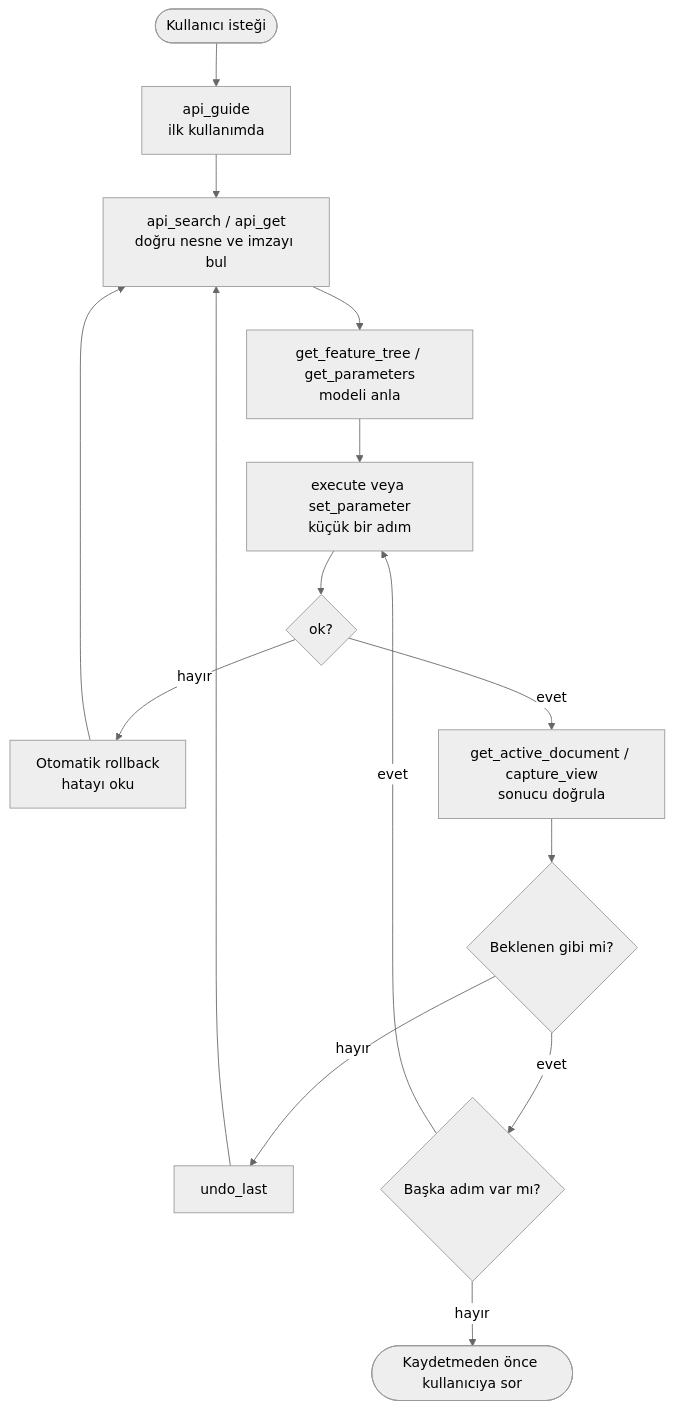
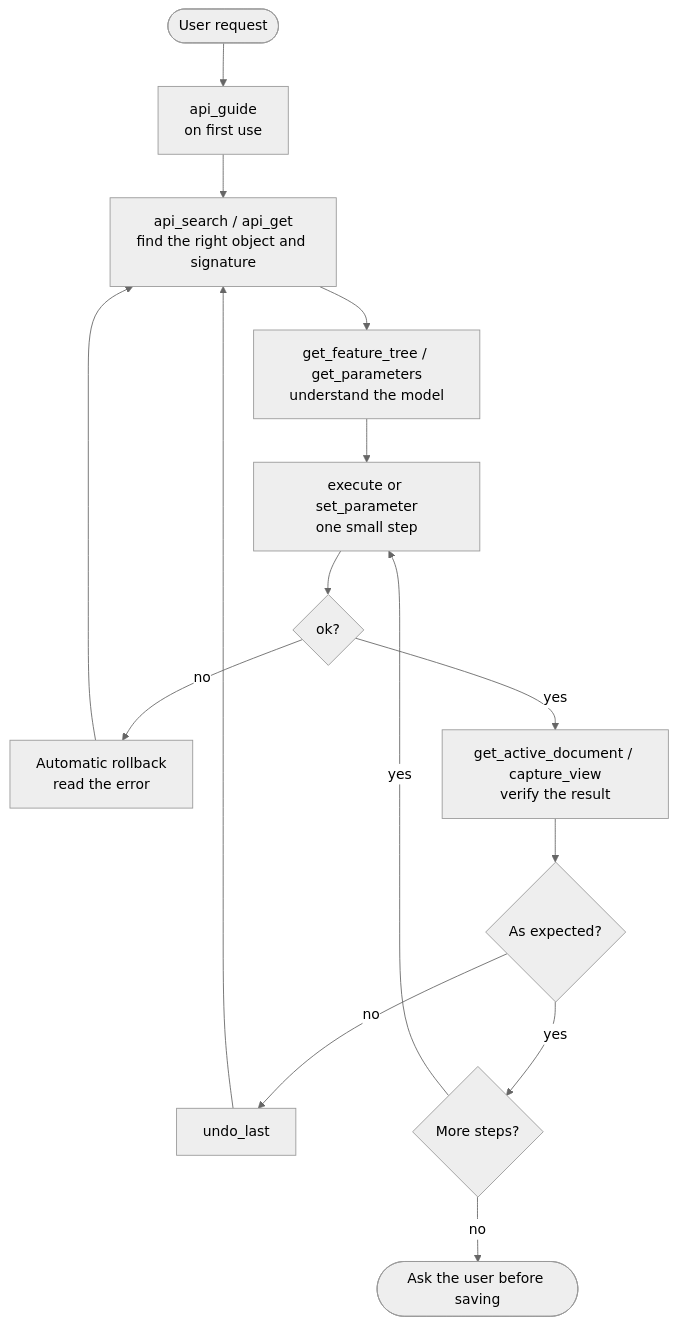
The fourth of 6 diagrams in README.md (ZBGoztas/InventorLLM), drawn with Mermaid (neutral theme) before and after one commit. The commit also changed other lines of this file, not shown here.

````diff
--- a/README.md
+++ b/README.md
@@ -203,15 +201,15 @@
 ```mermaid
 flowchart TD
-    A([Kullanıcı isteği]) --> B[api_guide<br/>ilk kullanımda]
-    B --> C[api_search / api_get<br/>doğru nesne ve imzayı bul]
-    C --> D[get_feature_tree / get_parameters<br/>modeli anla]
-    D --> E[execute veya set_parameter<br/>küçük bir adım]
+    A([User request]) --> B[api_guide<br/>on first use]
+    B --> C[api_search / api_get<br/>find the right object and signature]
+    C --> D[get_feature_tree / get_parameters<br/>understand the model]
+    D --> E[execute or set_parameter<br/>one small step]
     E --> F{ok?}
-    F -- hayır --> G[Otomatik rollback<br/>hatayı oku] --> C
-    F -- evet --> H[get_active_document / capture_view<br/>sonucu doğrula]
-    H --> I{Beklenen gibi mi?}
-    I -- hayır --> J[undo_last] --> C
-    I -- evet --> K{Başka adım var mı?}
-    K -- evet --> E
-    K -- hayır --> L([Kaydetmeden önce kullanıcıya sor])
+    F -- no --> G[Automatic rollback<br/>read the error] --> C
+    F -- yes --> H[get_active_document / capture_view<br/>verify the result]
+    H --> I{As expected?}
+    I -- no --> J[undo_last] --> C
+    I -- yes --> K{More steps?}
+    K -- yes --> E
+    K -- no --> L([Ask the user before saving])
 ```
````
